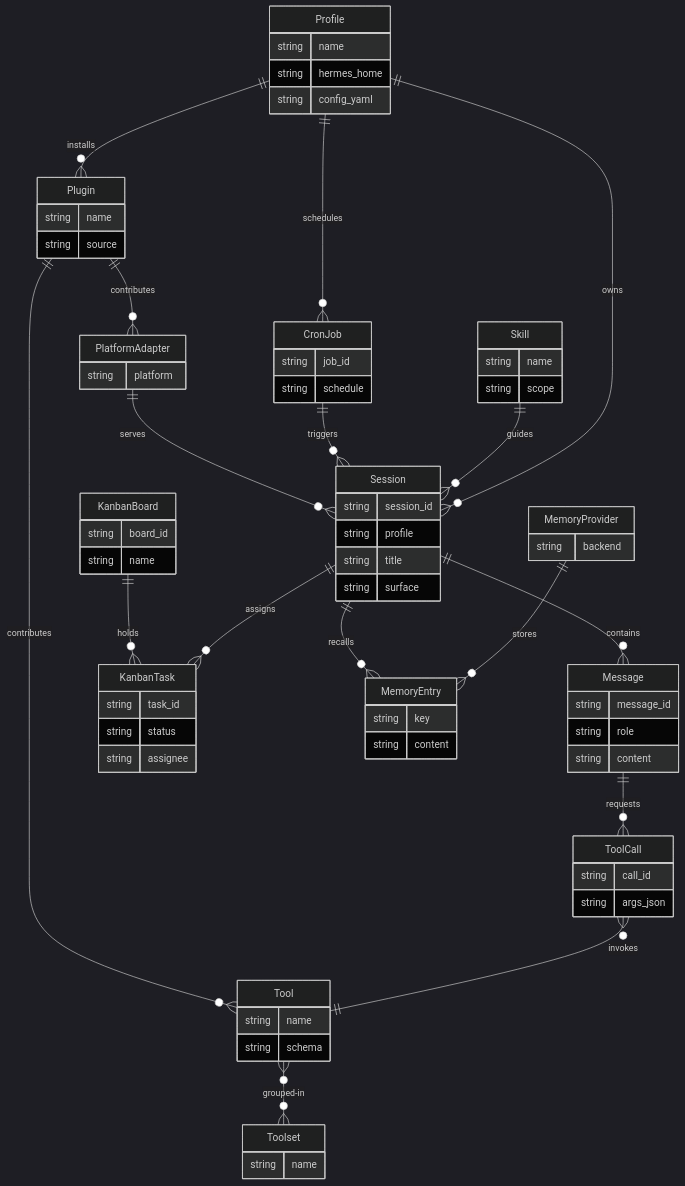
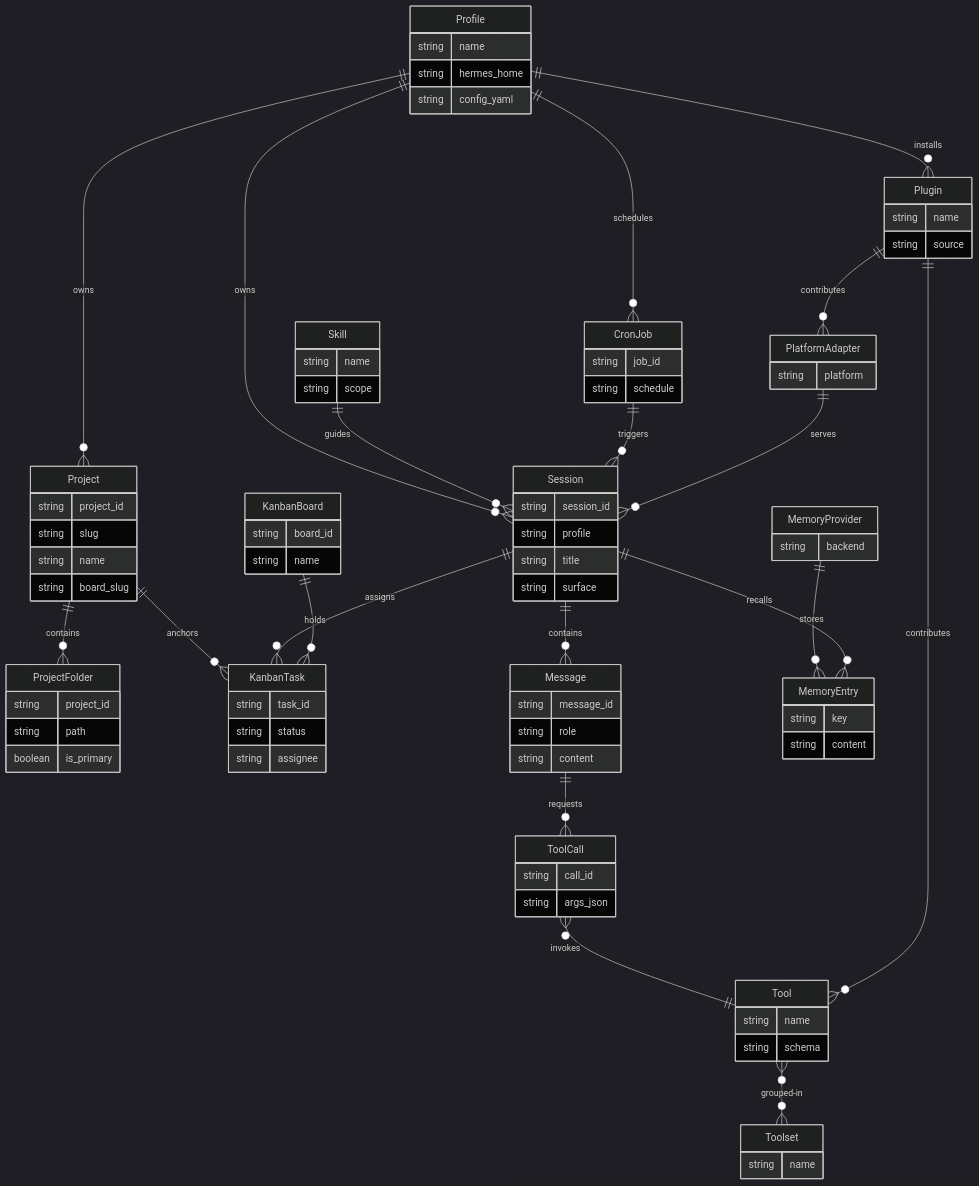
One commit to TomzxCode/sdlc changed the second of 2 diagrams in NousResearch/hermes-agent/.sdlc/context/architecture.md. Above: the diagram before and after it, drawn with Mermaid (dark theme). The commit also changed other lines of this file and 47 other files, not shown here.

```diff
--- a/NousResearch/hermes-agent/.sdlc/context/architecture.md
+++ b/NousResearch/hermes-agent/.sdlc/context/architecture.md
@@ -68,6 +75,9 @@
     Profile ||--o{ Session : owns
     Profile ||--o{ Plugin : installs
     Profile ||--o{ CronJob : schedules
+    Profile ||--o{ Project : owns
+    Project ||--o{ ProjectFolder : contains
+    Project ||--o{ KanbanTask : anchors
     Session ||--o{ Message : contains
     Session ||--o{ KanbanTask : assigns
     Message ||--o{ ToolCall : requests
@@ -129,6 +139,17 @@
         string status
         string assignee
     }
+    Project {
+        string project_id
+        string slug
+        string name
+        string board_slug
+    }
+    ProjectFolder {
+        string project_id
+        string path
+        boolean is_primary
+    }
     Plugin {
         string name
         string source
```
